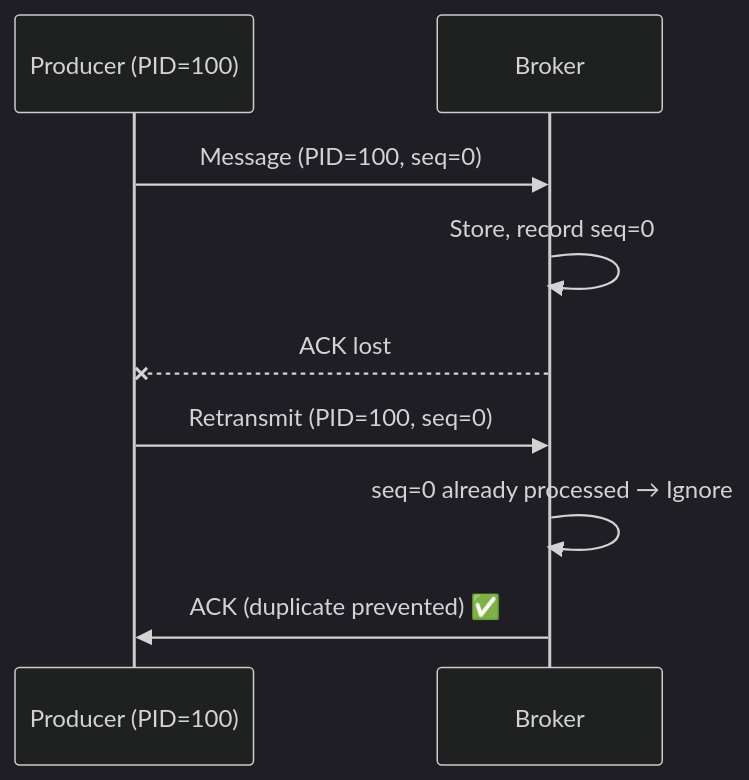
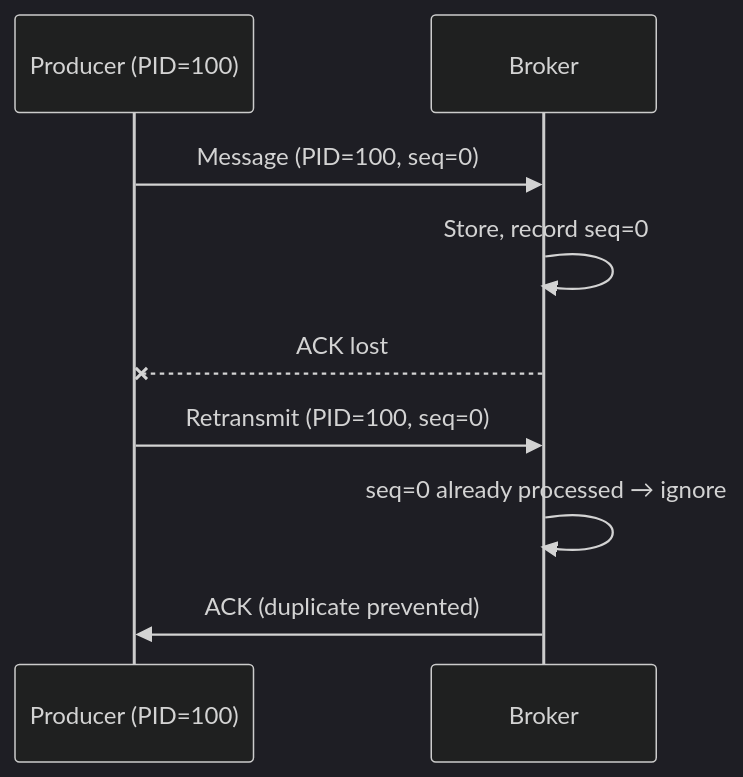
One commit to advanced-beginner/advanced-beginner.github.io changed the sixth of 6 diagrams in content/en/docs/kafka/concepts/advanced-concepts.md. Above: the diagram before and after it, drawn with Mermaid (dark theme). The commit also changed other lines of this file and 7 other files, not shown here.

````diff
--- a/content/en/docs/kafka/concepts/advanced-concepts.md
+++ b/content/en/docs/kafka/concepts/advanced-concepts.md
@@ -288,13 +284,13 @@
 ```mermaid
 sequenceDiagram
     participant P as Producer (PID=100)
     participant B as Broker
 
     P->>B: Message (PID=100, seq=0)
     B->>B: Store, record seq=0
     B--xP: ACK lost
 
     P->>B: Retransmit (PID=100, seq=0)
-    B->>B: seq=0 already processed → Ignore
-    B->>P: ACK (duplicate prevented) ✅
+    B->>B: seq=0 already processed → ignore
+    B->>P: ACK (duplicate prevented)
 ```
````
